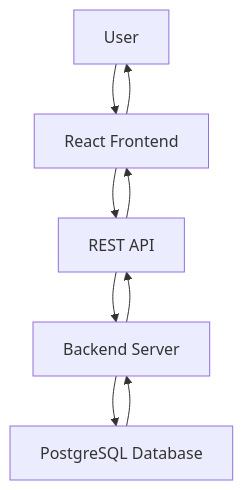
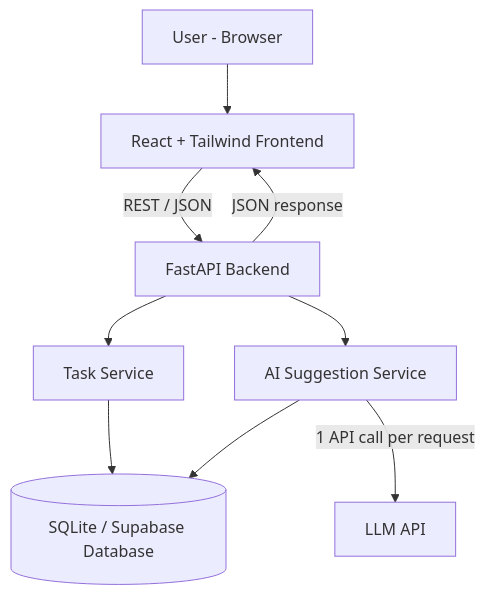
One commit to leman123u/holbertonschool-ai4devs changed the diagram in ai_powered_startup_mvp_builder/architecture.md. Above: the diagram before and after it, drawn with Mermaid. The commit also changed other lines of this file and 2 other files, not shown here.

````diff
--- a/ai_powered_startup_mvp_builder/architecture.md
+++ b/ai_powered_startup_mvp_builder/architecture.md
@@ -10,11 +11,11 @@
 ```mermaid
 flowchart TD
-    A[User] --> B[React Frontend]
-    B --> C[REST API]
-    C --> D[Backend Server]
-    D --> E[PostgreSQL Database]
-    E --> D
-    D --> C
-    C --> B
-    B --> A
+    U[User - Browser] --> F[React + Tailwind Frontend]
+    F -->|REST / JSON| A[FastAPI Backend]
+    A --> S[Task Service]
+    A --> R[AI Suggestion Service]
+    S --> D[(SQLite / Supabase Database)]
+    R -->|1 API call per request| L[LLM API]
+    R --> D
+    A -->|JSON response| F
 ```
````
